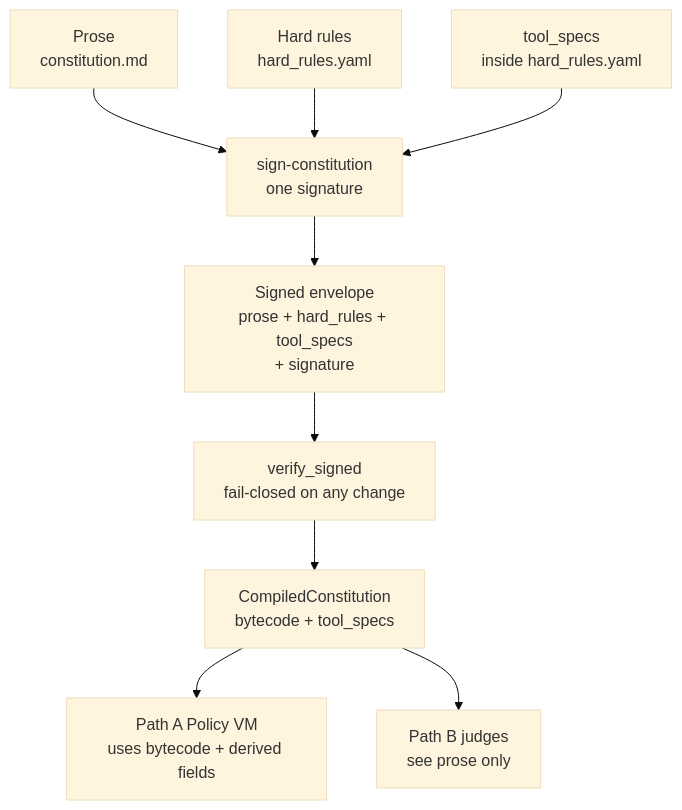
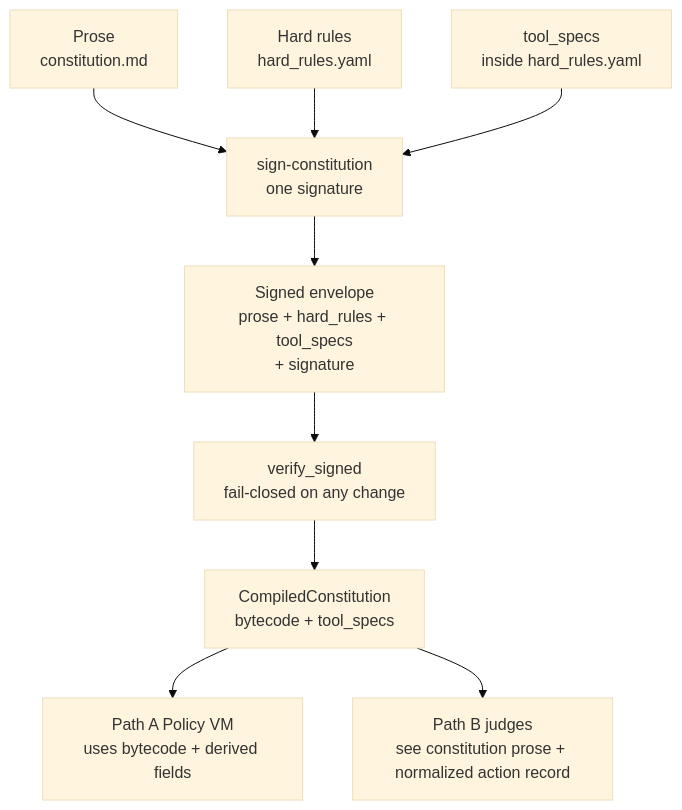
One commit to Insomniac-VibeLabs/two-key changed the diagram in docs/HOWTO.md. Above: the diagram before and after it, drawn with Mermaid (base theme).

````diff
--- a/docs/HOWTO.md
+++ b/docs/HOWTO.md
@@ -45,11 +45,11 @@
 ```mermaid
 flowchart TD
   prose["Prose<br/>constitution.md"] --> sign["sign-constitution<br/>one signature"]
   rules["Hard rules<br/>hard_rules.yaml"] --> sign
   specs["tool_specs<br/>inside hard_rules.yaml"] --> sign
   sign --> envelope["Signed envelope<br/>prose + hard_rules + tool_specs<br/>+ signature"]
   envelope --> load["verify_signed<br/>fail-closed on any change"]
   load --> compiled["CompiledConstitution<br/>bytecode + tool_specs"]
   compiled --> pathA["Path A Policy VM<br/>uses bytecode + derived fields"]
-  compiled --> pathB["Path B judges<br/>see prose only"]
+  compiled --> pathB["Path B judges<br/>see constitution prose + normalized action record"]
 ```
````
